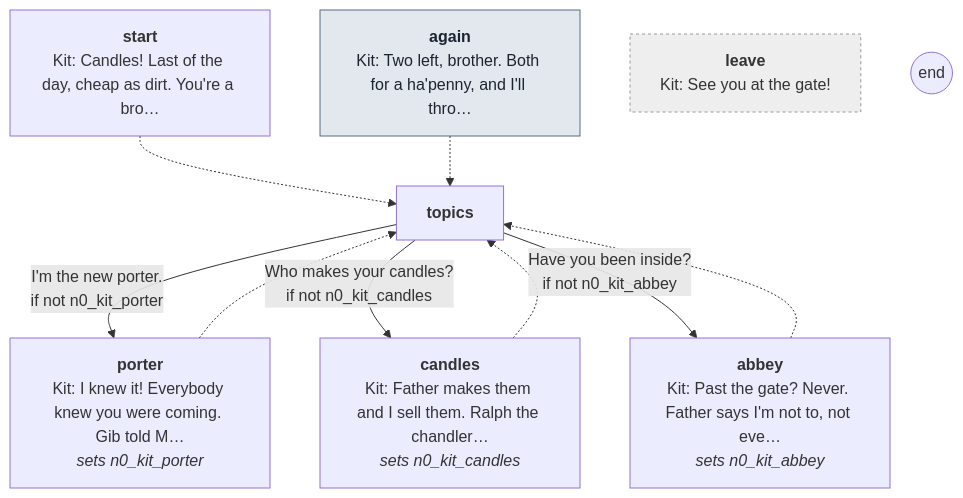
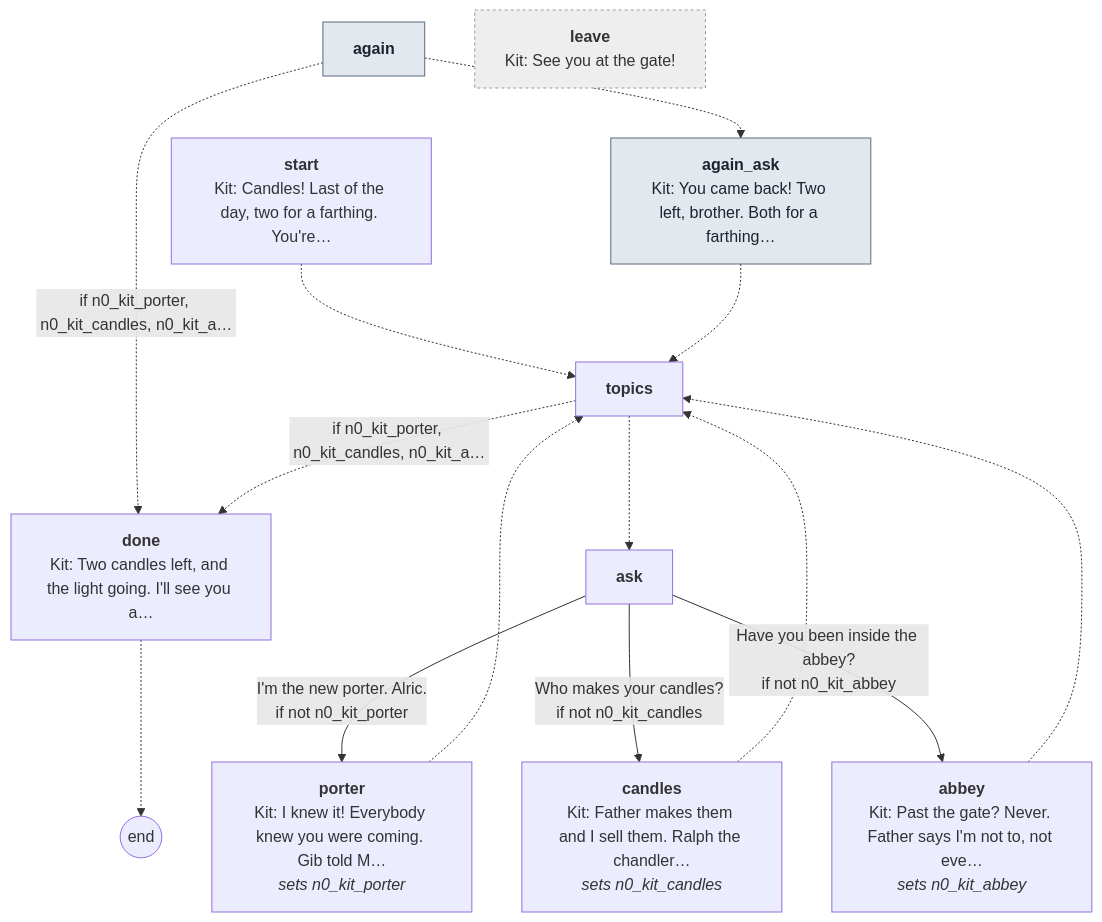
One commit to toastynaan/the-porter changed the seventh of 15 diagrams in docs/script/night0.md. Above: the diagram before and after it, drawn with Mermaid. The commit also changed other lines of this file and 28 other files, not shown here.

First line of the commit message:
Night 0 finished: final talks and a last scene you can see

````diff
--- a/docs/script/night0.md
+++ b/docs/script/night0.md
@@ -675,24 +825,33 @@
 ```mermaid
 flowchart TD
-  p_start["<b>start</b><br/>Kit: Candles! Last of the day, cheap as dirt. You're a bro…"]
-  p_again["<b>again</b><br/>Kit: Two left, brother. Both for a ha'penny, and I'll thro…"]
+  p_start["<b>start</b><br/>Kit: Candles! Last of the day, two for a farthing. You're…"]
+  p_again["<b>again</b>"]
+  p_again_ask["<b>again_ask</b><br/>Kit: You came back! Two left, brother. Both for a farthing…"]
   p_topics["<b>topics</b>"]
+  p_ask["<b>ask</b>"]
   p_porter["<b>porter</b><br/>Kit: I knew it! Everybody knew you were coming. Gib told M…<br/><i>sets n0_kit_porter</i>"]
   p_candles["<b>candles</b><br/>Kit: Father makes them and I sell them. Ralph the chandler…<br/><i>sets n0_kit_candles</i>"]
   p_abbey["<b>abbey</b><br/>Kit: Past the gate? Never. Father says I'm not to, not eve…<br/><i>sets n0_kit_abbey</i>"]
+  p_done["<b>done</b><br/>Kit: Two candles left, and the light going. I'll see you a…"]
   p_leave["<b>leave</b><br/>Kit: See you at the gate!"]
   end_((end))
   p_start -.-> p_topics
-  p_again -.-> p_topics
-  p_topics -->|"I'm the new porter.<br/>if not n0_kit_porter"| p_porter
-  p_topics -->|"Who makes your candles?<br/>if not n0_kit_candles"| p_candles
-  p_topics -->|"Have you been inside?<br/>if not n0_kit_abbey"| p_abbey
+  p_again -.->|"if n0_kit_porter, n0_kit_candles, n0_kit_a…"| p_done
+  p_again -.-> p_again_ask
+  p_again_ask -.-> p_topics
+  p_topics -.->|"if n0_kit_porter, n0_kit_candles, n0_kit_a…"| p_done
+  p_topics -.-> p_ask
+  p_ask -->|"I'm the new porter. Alric.<br/>if not n0_kit_porter"| p_porter
+  p_ask -->|"Who makes your candles?<br/>if not n0_kit_candles"| p_candles
+  p_ask -->|"Have you been inside the abbey?<br/>if not n0_kit_abbey"| p_abbey
   p_porter -.-> p_topics
   p_candles -.-> p_topics
   p_abbey -.-> p_topics
+  p_done -.-> end_
   classDef claim fill:#f3e3b5,stroke:#9a6b1a,color:#2b2116
   classDef again fill:#e3e8ef,stroke:#5b6b80,color:#1c2430
   classDef leave fill:#eee,stroke:#999,color:#333,stroke-dasharray: 3 3
   class p_again again
+  class p_again_ask again
   class p_leave leave
 ```
````
